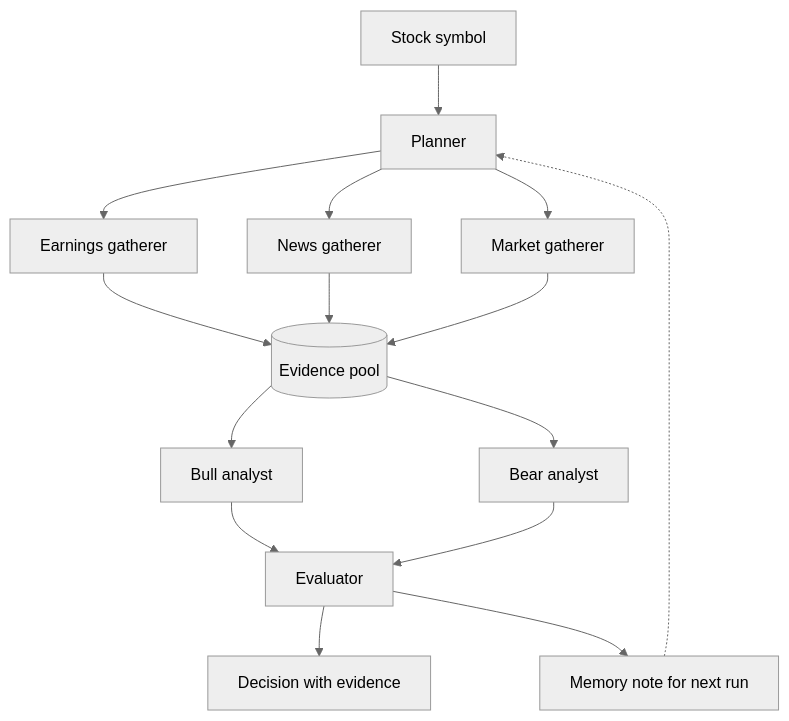
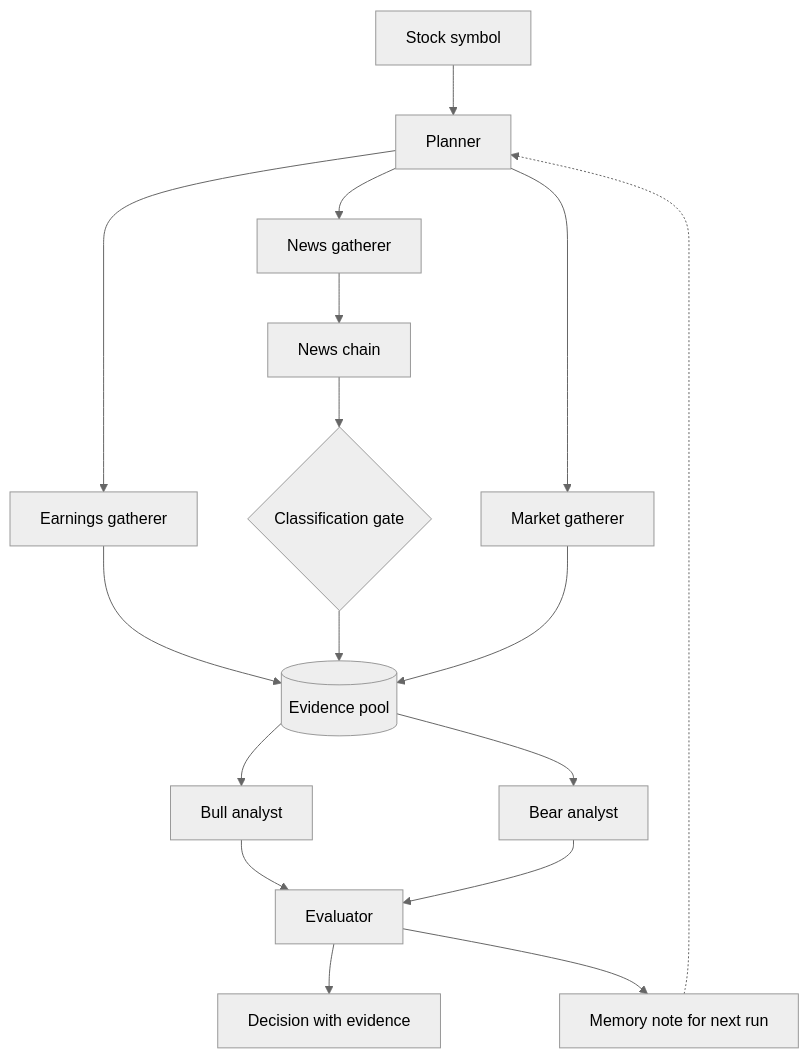
One commit to ibucketbranch/AAI-520-Final-Project changed the diagram in docs/ARCHITECTURE.md. Above: the diagram before and after it, drawn with Mermaid (neutral theme). The commit also changed other lines of this file and 12 other files, not shown here.

First line of the commit message:
feat: news-chain classification gate and shared Evidence handoff (#35)

````diff
--- a/docs/ARCHITECTURE.md
+++ b/docs/ARCHITECTURE.md
@@ -10,17 +10,19 @@
 ```mermaid
 flowchart TD
     S[Stock symbol] --> P[Planner]
     P --> E[Earnings gatherer]
     P --> N[News gatherer]
     P --> M[Market gatherer]
     E --> POOL[(Evidence pool)]
-    N --> POOL
+    N --> NC[News chain]
+    NC --> G{Classification gate}
+    G --> POOL
     M --> POOL
     POOL --> BULL[Bull analyst]
     POOL --> BEAR[Bear analyst]
     BULL --> EV[Evaluator]
     BEAR --> EV
     EV --> D[Decision with evidence]
     EV --> MEM[Memory note for next run]
     MEM -.-> P
 ```
````
